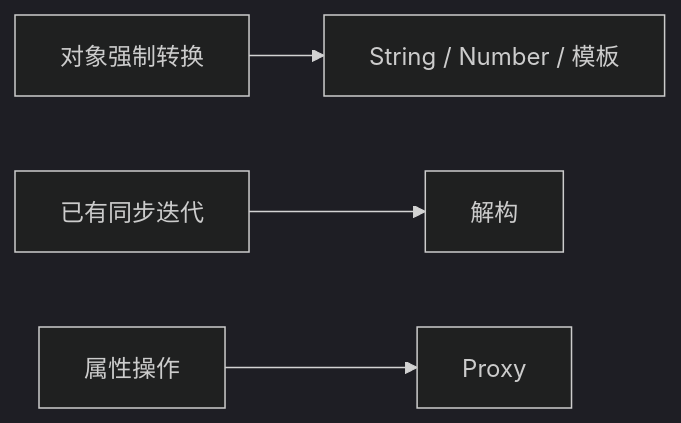
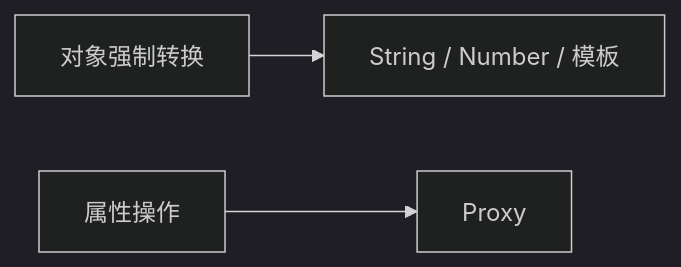
The diagram in docs/gaps.md (codehz/yield-js), drawn with Mermaid (dark theme) before and after one commit. The commit also changed other lines of this file and 16 other files, not shown here.

````diff
--- a/docs/gaps.md
+++ b/docs/gaps.md
@@ -92,6 +92,5 @@
 ```mermaid
 flowchart LR
   C[对象强制转换] --> S[String / Number / 模板]
-  I[已有同步迭代] --> D[解构]
   E[属性操作] --> R[Proxy]
 ```
````
